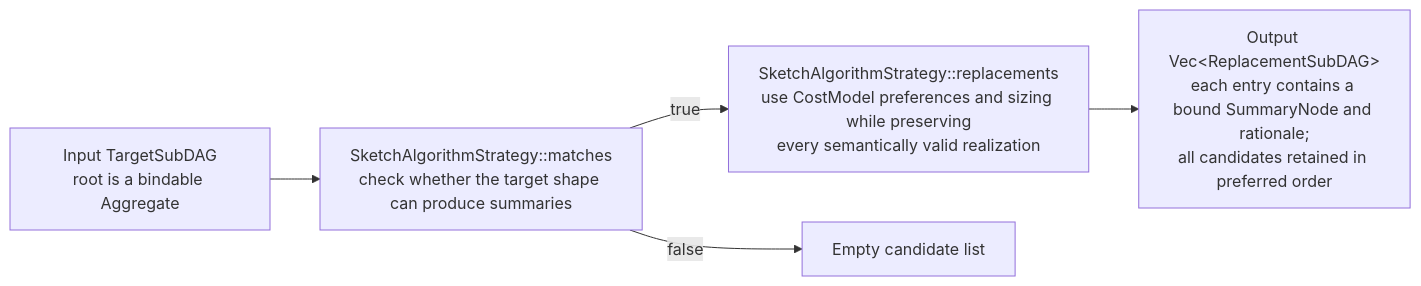
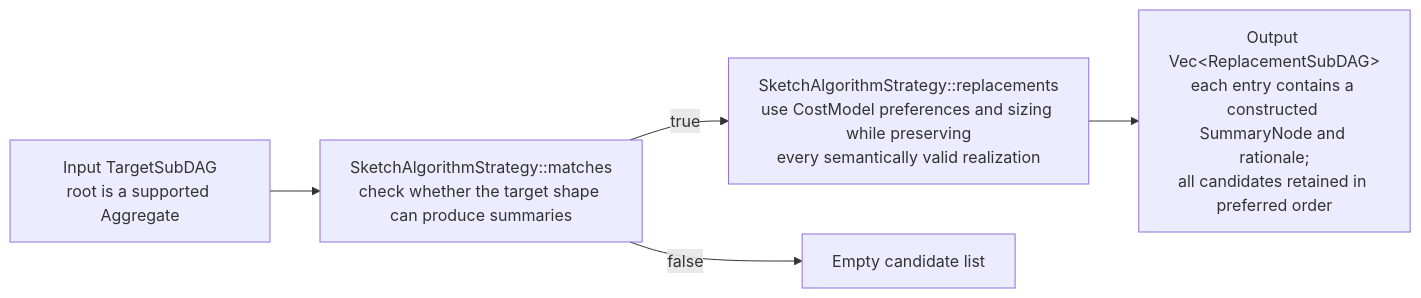
Before and after one commit to ProjectASAP/ASAPPlanner: the third of 6 diagrams in docs/developer_docs/ASAP-aware-mapping-developer-guide.md, drawn with Mermaid. The commit also changed other lines of this file, not shown here.

````diff
--- a/docs/developer_docs/ASAP-aware-mapping-developer-guide.md
+++ b/docs/developer_docs/ASAP-aware-mapping-developer-guide.md
@@ -813,7 +819,7 @@
 ```mermaid
 flowchart LR
-  A["Input TargetSubDAG<br/>root is a bindable Aggregate"] --> B["SketchAlgorithmStrategy::matches<br/>check whether the target shape can produce summaries"]
+  A["Input TargetSubDAG<br/>root is a supported Aggregate"] --> B["SketchAlgorithmStrategy::matches<br/>check whether the target shape can produce summaries"]
   B -->|"true"| C["SketchAlgorithmStrategy::replacements<br/>use CostModel preferences and sizing while preserving<br/>every semantically valid realization"]
   B -->|"false"| NONE["Empty candidate list"]
-  C --> F["Output Vec&lt;ReplacementSubDAG&gt;<br/>each entry contains a bound SummaryNode and rationale;<br/>all candidates retained in preferred order"]
+  C --> F["Output Vec&lt;ReplacementSubDAG&gt;<br/>each entry contains a constructed SummaryNode and rationale;<br/>all candidates retained in preferred order"]
 ```
````
